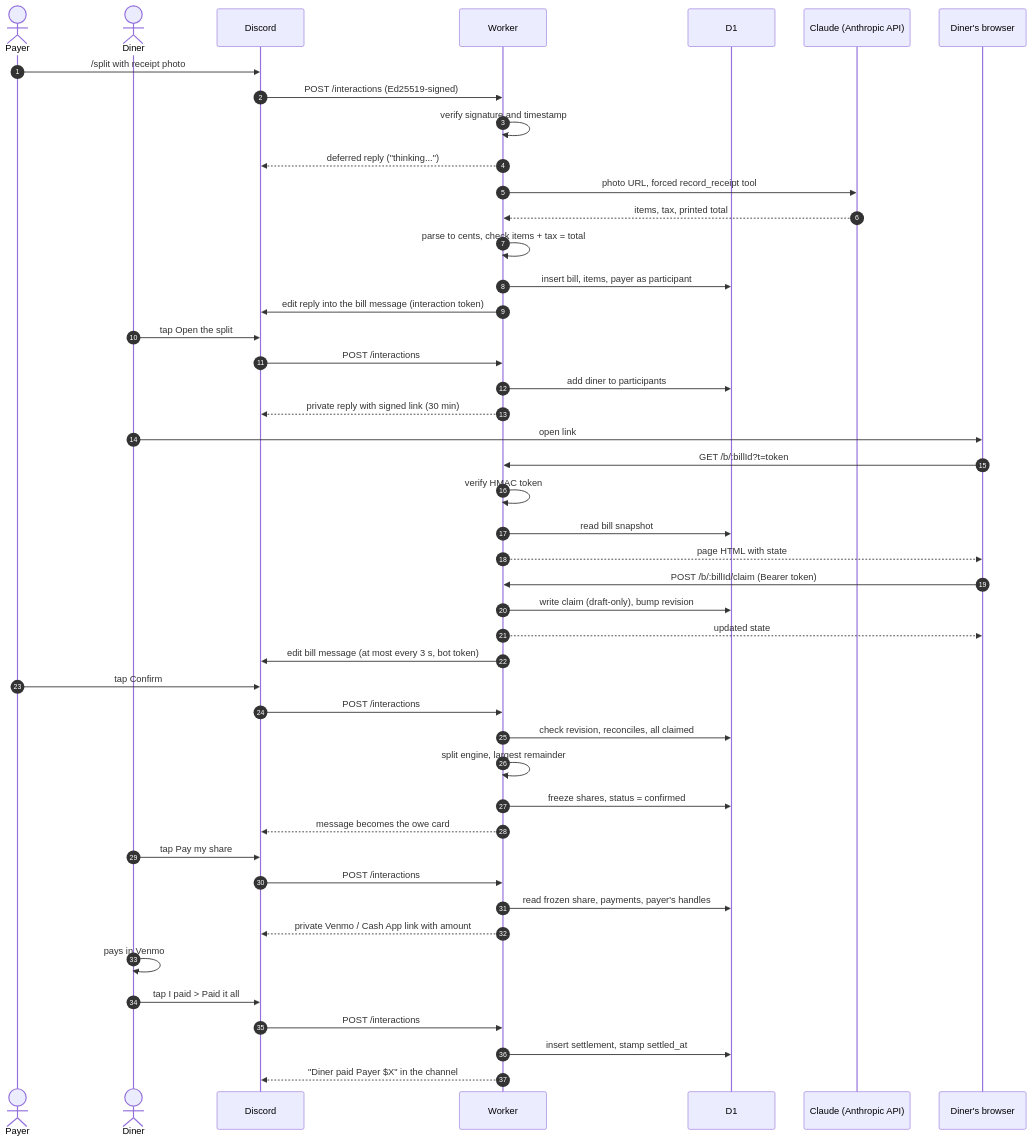
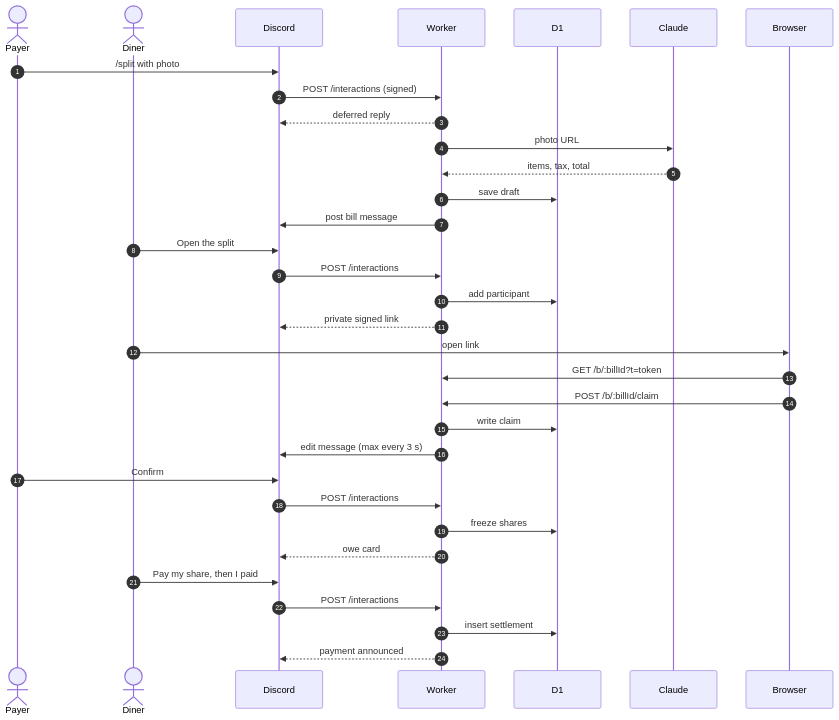
Before and after one commit to gavinlin24/aazhi: the second of 2 diagrams in docs/architecture.md, drawn with Mermaid. The commit also changed other lines of this file and 2 other files, not shown here.

First line of the commit message:
docs: cut the readme and architecture doc down to size

````diff
--- a/docs/architecture.md
+++ b/docs/architecture.md
@@ -353,52 +111,36 @@
 ```mermaid
 sequenceDiagram
   autonumber
   actor Payer
   actor Diner
   participant D as Discord
   participant W as Worker
   participant DB as D1
-  participant C as Claude (Anthropic API)
-  participant B as Diner's browser
+  participant C as Claude
+  participant B as Browser
 
-  Payer->>D: /split with receipt photo
-  D->>W: POST /interactions (Ed25519-signed)
-  W->>W: verify signature and timestamp
-  W-->>D: deferred reply ("thinking...")
-  W->>C: photo URL, forced record_receipt tool
-  C-->>W: items, tax, printed total
-  W->>W: parse to cents, check items + tax = total
-  W->>DB: insert bill, items, payer as participant
-  W->>D: edit reply into the bill message (interaction token)
-
-  Diner->>D: tap Open the split
+  Payer->>D: /split with photo
+  D->>W: POST /interactions (signed)
+  W-->>D: deferred reply
+  W->>C: photo URL
+  C-->>W: items, tax, total
+  W->>DB: save draft
+  W->>D: post bill message
+  Diner->>D: Open the split
   D->>W: POST /interactions
-  W->>DB: add diner to participants
-  W-->>D: private reply with signed link (30 min)
+  W->>DB: add participant
+  W-->>D: private signed link
   Diner->>B: open link
   B->>W: GET /b/:billId?t=token
-  W->>W: verify HMAC token
-  W->>DB: read bill snapshot
-  W-->>B: page HTML with state
-  B->>W: POST /b/:billId/claim (Bearer token)
-  W->>DB: write claim (draft-only), bump revision
-  W-->>B: updated state
-  W->>D: edit bill message (at most every 3 s, bot token)
-
-  Payer->>D: tap Confirm
+  B->>W: POST /b/:billId/claim
+  W->>DB: write claim
+  W->>D: edit message (max every 3 s)
+  Payer->>D: Confirm
   D->>W: POST /interactions
-  W->>DB: check revision, reconciles, all claimed
-  W->>W: split engine, largest remainder
-  W->>DB: freeze shares, status = confirmed
-  W-->>D: message becomes the owe card
-
-  Diner->>D: tap Pay my share
+  W->>DB: freeze shares
+  W-->>D: owe card
+  Diner->>D: Pay my share, then I paid
   D->>W: POST /interactions
-  W->>DB: read frozen share, payments, payer's handles
-  W-->>D: private Venmo / Cash App link with amount
-  Diner->>Diner: pays in Venmo
-  Diner->>D: tap I paid > Paid it all
-  D->>W: POST /interactions
-  W->>DB: insert settlement, stamp settled_at
-  W-->>D: "Diner paid Payer $X" in the channel
+  W->>DB: insert settlement
+  W-->>D: payment announced
 ```
````
